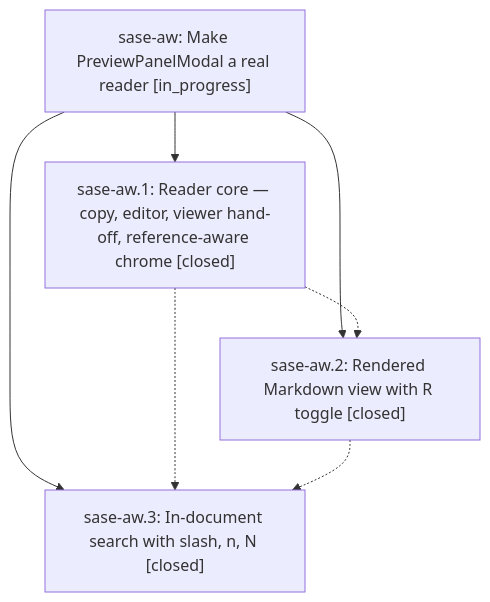
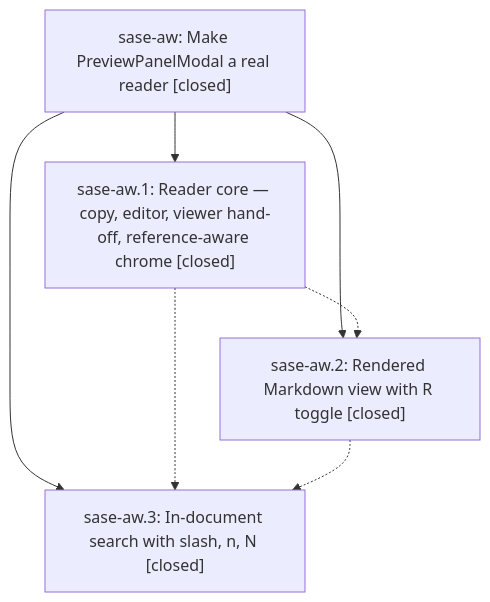
Before and after one commit to sase-org/sase--beads: the diagram in pages/sase-aw/README.md, drawn with Mermaid. The commit also changed other lines of this file and 3 other files, not shown here.

````diff
--- a/pages/sase-aw/README.md
+++ b/pages/sase-aw/README.md
@@ -24,13 +28,13 @@
 ```mermaid
 flowchart TD
-    n0["sase-aw: Make PreviewPanelModal a real reader [in_progress]"]
+    n0["sase-aw: Make PreviewPanelModal a real reader [closed]"]
     n1["sase-aw.1: Reader core — copy, editor, viewer hand-off, reference-aware chrome [closed]"]
     n2["sase-aw.2: Rendered Markdown view with R toggle [closed]"]
     n3["sase-aw.3: In-document search with slash, n, N [closed]"]
     n0 --> n1
     n0 --> n2
     n0 --> n3
     n1 -.-> n2
     n1 -.-> n3
     n2 -.-> n3
 ```
````
